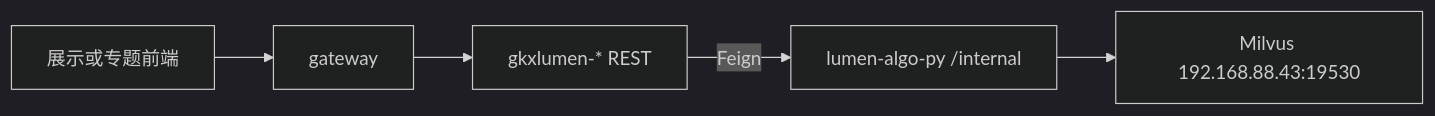
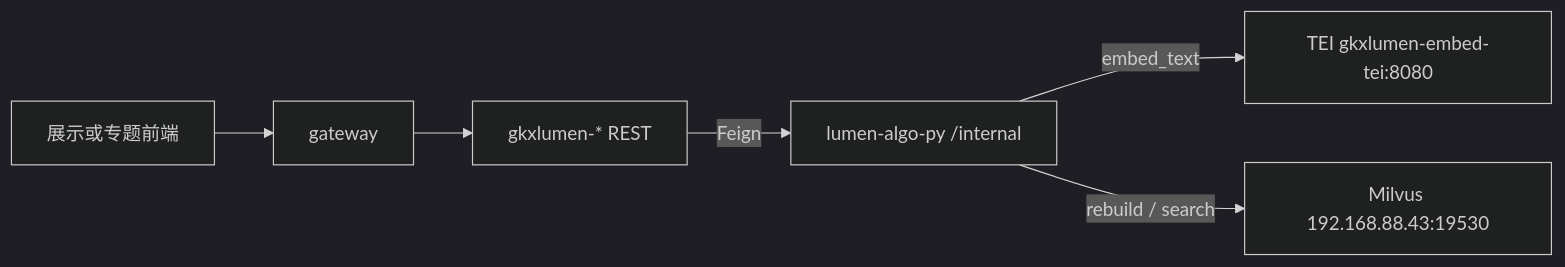
One commit to Marisolebxf/- changed the third of 3 diagrams in agent-delivery/agent-handoffs/产品整体定义/跨系统-向量库/02-概要设计.md. Above: the diagram before and after it, drawn with Mermaid (dark theme). The commit also changed other lines of this file and 4 other files, not shown here.

First line of the commit message:
docs(cross-vec): SAD 拆开 TEI 推理地址与 Milvus 库地址 [agent:architect-agent]

````diff
--- a/agent-delivery/agent-handoffs/产品整体定义/跨系统-向量库/02-概要设计.md
+++ b/agent-delivery/agent-handoffs/产品整体定义/跨系统-向量库/02-概要设计.md
@@ -77,9 +77,12 @@
 ```mermaid
 flowchart LR
   FE["展示或专题前端"]
   GW["gateway"]
   JAVA["gkxlumen-* REST"]
   PY["lumen-algo-py /internal"]
+  TEI["TEI gkxlumen-embed-tei:8080"]
   VEC["Milvus 192.168.88.43:19530"]
-  FE --> GW --> JAVA -->|"Feign"| PY --> VEC
+  FE --> GW --> JAVA -->|"Feign"| PY
+  PY -->|"embed_text"| TEI
+  PY -->|"rebuild / search"| VEC
 ```
````
